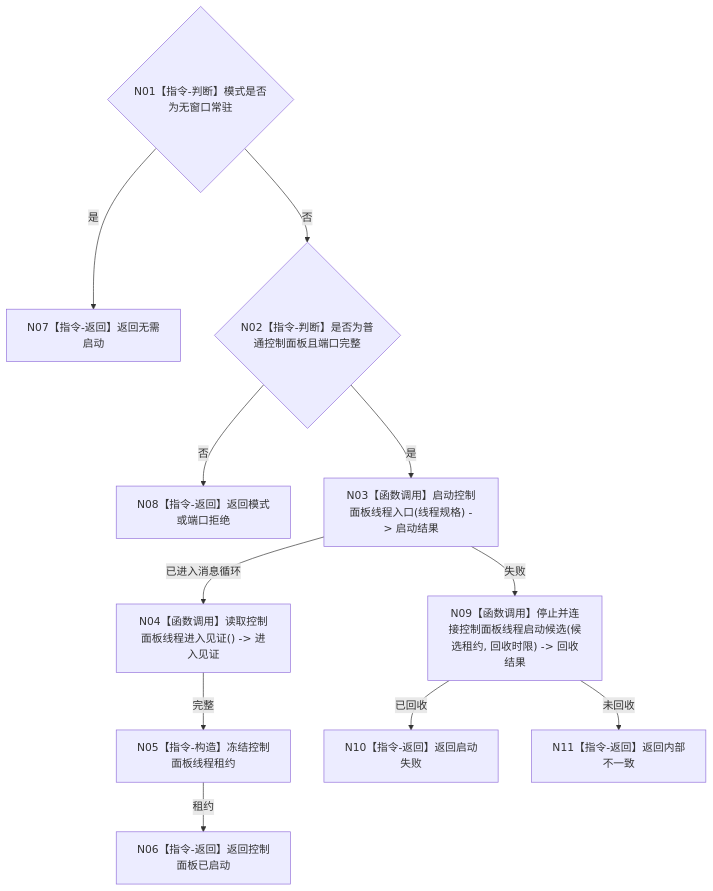
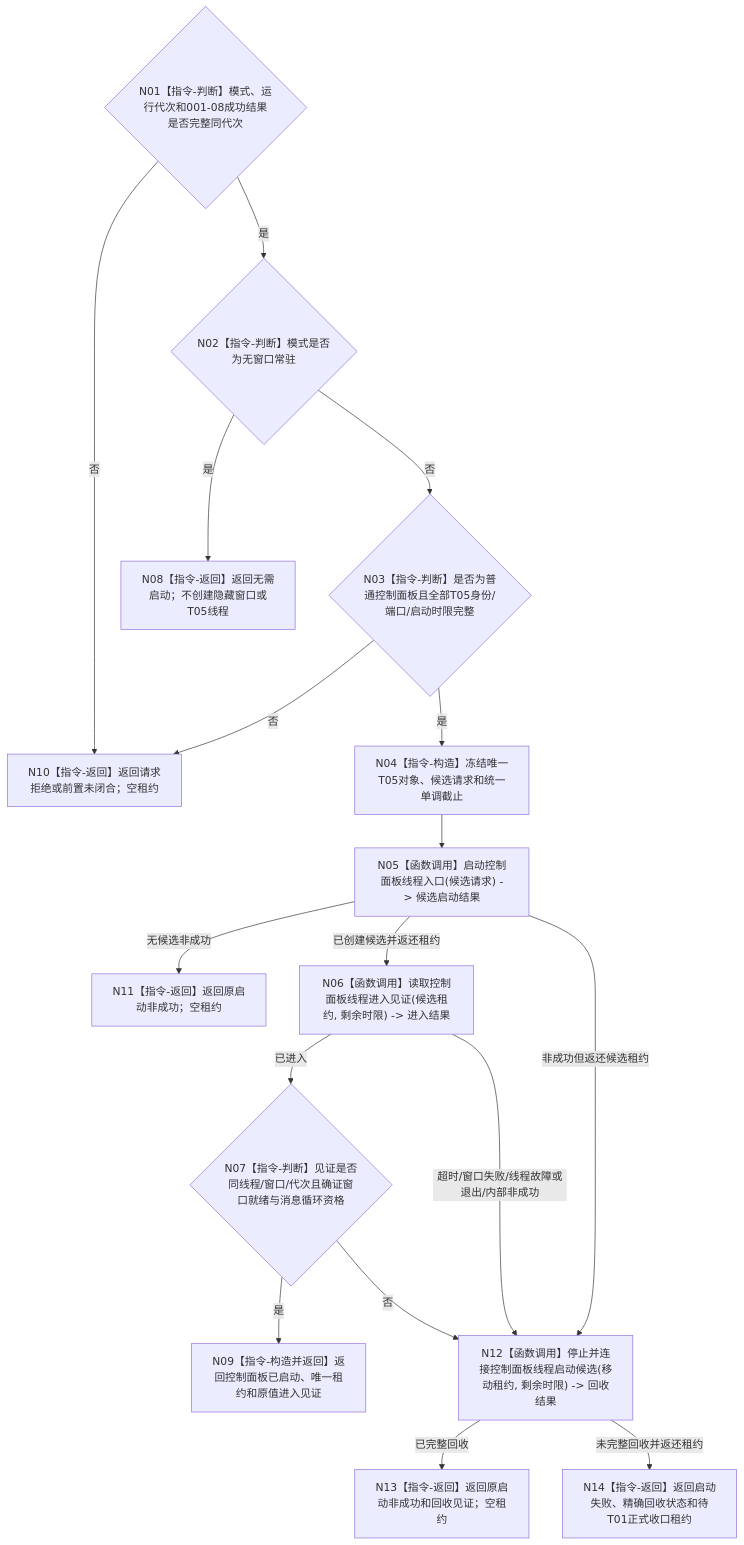
One commit to chunhaizh-cyber/HY-Ego changed the diagram in 流程图/目标业务流程图/L2/BIZ-L2-001-09_按模式启动控制面板线程_目标函数流程图_v0.1.md. Above: the diagram before and after it, drawn with Mermaid. The commit also changed other lines of this file and 16 other files, not shown here.

````diff
--- a/流程图/目标业务流程图/L2/BIZ-L2-001-09_按模式启动控制面板线程_目标函数流程图_v0.1.md
+++ b/流程图/目标业务流程图/L2/BIZ-L2-001-09_按模式启动控制面板线程_目标函数流程图_v0.1.md
@@ -29,13 +29,19 @@
 ```mermaid
 flowchart TD
-    N01{"N01【指令-判断】模式是否为无窗口常驻"} -->|是| N07["N07【指令-返回】返回无需启动"]
-    N01 -->|否| N02{"N02【指令-判断】是否为普通控制面板且端口完整"}
-    N02 -->|否| N08["N08【指令-返回】返回模式或端口拒绝"]
-    N02 -->|是| N03["N03【函数调用】启动控制面板线程入口(线程规格) -> 启动结果"]
-    N03 -->|已进入消息循环| N04["N04【函数调用】读取控制面板线程进入见证() -> 进入见证"]
-    N03 -->|失败| N09["N09【函数调用】停止并连接控制面板线程启动候选(候选租约, 回收时限) -> 回收结果"]
-    N04 -->|完整| N05["N05【指令-构造】冻结控制面板线程租约"]
-    N05 -->|租约| N06["N06【指令-返回】返回控制面板已启动"]
-    N09 -->|已回收| N10["N10【指令-返回】返回启动失败"]
-    N09 -->|未回收| N11["N11【指令-返回】返回内部不一致"]
+    N01{"N01【指令-判断】模式、运行代次和001-08成功结果是否完整同代次"} -->|否| N10["N10【指令-返回】返回请求拒绝或前置未闭合；空租约"]
+    N01 -->|是| N02{"N02【指令-判断】模式是否为无窗口常驻"}
+    N02 -->|是| N08["N08【指令-返回】返回无需启动；不创建隐藏窗口或T05线程"]
+    N02 -->|否| N03{"N03【指令-判断】是否为普通控制面板且全部T05身份/端口/启动时限完整"}
+    N03 -->|否| N10
+    N03 -->|是| N04["N04【指令-构造】冻结唯一T05对象、候选请求和统一单调截止"]
+    N04 --> N05["N05【函数调用】启动控制面板线程入口(候选请求) -> 候选启动结果"]
+    N05 -->|无候选非成功| N11["N11【指令-返回】返回原启动非成功；空租约"]
+    N05 -->|已创建候选并返还租约| N06["N06【函数调用】读取控制面板线程进入见证(候选租约, 剩余时限) -> 进入结果"]
+    N05 -->|非成功但返还候选租约| N12["N12【函数调用】停止并连接控制面板线程启动候选(移动租约, 剩余时限) -> 回收结果"]
+    N06 -->|已进入| N07{"N07【指令-判断】见证是否同线程/窗口/代次且确证窗口就绪与消息循环资格"}
+    N07 -->|是| N09["N09【指令-构造并返回】返回控制面板已启动、唯一租约和原值进入见证"]
+    N07 -->|否| N12
+    N06 -->|超时/窗口失败/线程故障或退出/内部非成功| N12
+    N12 -->|已完整回收| N13["N13【指令-返回】返回原启动非成功和回收见证；空租约"]
+    N12 -->|未完整回收并返还租约| N14["N14【指令-返回】返回启动失败、精确回收状态和待T01正式收口租约"]
 ```
````
